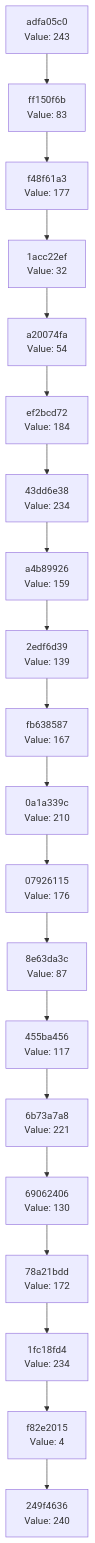
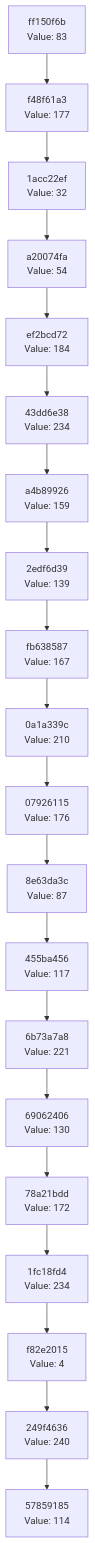
The diagram in docs/CHAIN_VISUALIZATION.md (Abhisheksinha1506/hash-chain-evolver), drawn with Mermaid before and after one commit. The commit also changed 3 other files, not shown here.

````diff
--- a/docs/CHAIN_VISUALIZATION.md
+++ b/docs/CHAIN_VISUALIZATION.md
@@ -3,42 +3,42 @@
 ```mermaid
 graph TD
-    C0["249f4636<br/>Value: 240"]
-    C1["f82e2015<br/>Value: 4"]
+    C0["57859185<br/>Value: 114"]
+    C1["249f4636<br/>Value: 240"]
     C1 --> C0
-    C2["1fc18fd4<br/>Value: 234"]
+    C2["f82e2015<br/>Value: 4"]
     C2 --> C1
-    C3["78a21bdd<br/>Value: 172"]
+    C3["1fc18fd4<br/>Value: 234"]
     C3 --> C2
-    C4["69062406<br/>Value: 130"]
+    C4["78a21bdd<br/>Value: 172"]
     C4 --> C3
-    C5["6b73a7a8<br/>Value: 221"]
+    C5["69062406<br/>Value: 130"]
     C5 --> C4
-    C6["455ba456<br/>Value: 117"]
+    C6["6b73a7a8<br/>Value: 221"]
     C6 --> C5
-    C7["8e63da3c<br/>Value: 87"]
+    C7["455ba456<br/>Value: 117"]
     C7 --> C6
-    C8["07926115<br/>Value: 176"]
+    C8["8e63da3c<br/>Value: 87"]
     C8 --> C7
-    C9["0a1a339c<br/>Value: 210"]
+    C9["07926115<br/>Value: 176"]
     C9 --> C8
-    C10["fb638587<br/>Value: 167"]
+    C10["0a1a339c<br/>Value: 210"]
     C10 --> C9
-    C11["2edf6d39<br/>Value: 139"]
+    C11["fb638587<br/>Value: 167"]
     C11 --> C10
-    C12["a4b89926<br/>Value: 159"]
+    C12["2edf6d39<br/>Value: 139"]
     C12 --> C11
-    C13["43dd6e38<br/>Value: 234"]
+    C13["a4b89926<br/>Value: 159"]
     C13 --> C12
-    C14["ef2bcd72<br/>Value: 184"]
+    C14["43dd6e38<br/>Value: 234"]
     C14 --> C13
-    C15["a20074fa<br/>Value: 54"]
+    C15["ef2bcd72<br/>Value: 184"]
     C15 --> C14
-    C16["1acc22ef<br/>Value: 32"]
+    C16["a20074fa<br/>Value: 54"]
     C16 --> C15
-    C17["f48f61a3<br/>Value: 177"]
+    C17["1acc22ef<br/>Value: 32"]
     C17 --> C16
-    C18["ff150f6b<br/>Value: 83"]
+    C18["f48f61a3<br/>Value: 177"]
     C18 --> C17
-    C19["adfa05c0<br/>Value: 243"]
+    C19["ff150f6b<br/>Value: 83"]
     C19 --> C18
 ```
````
